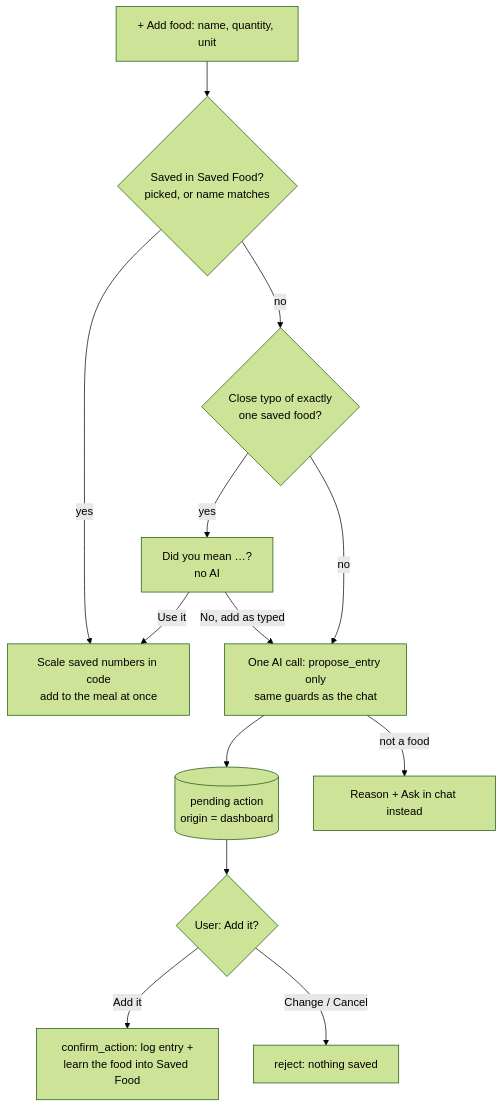
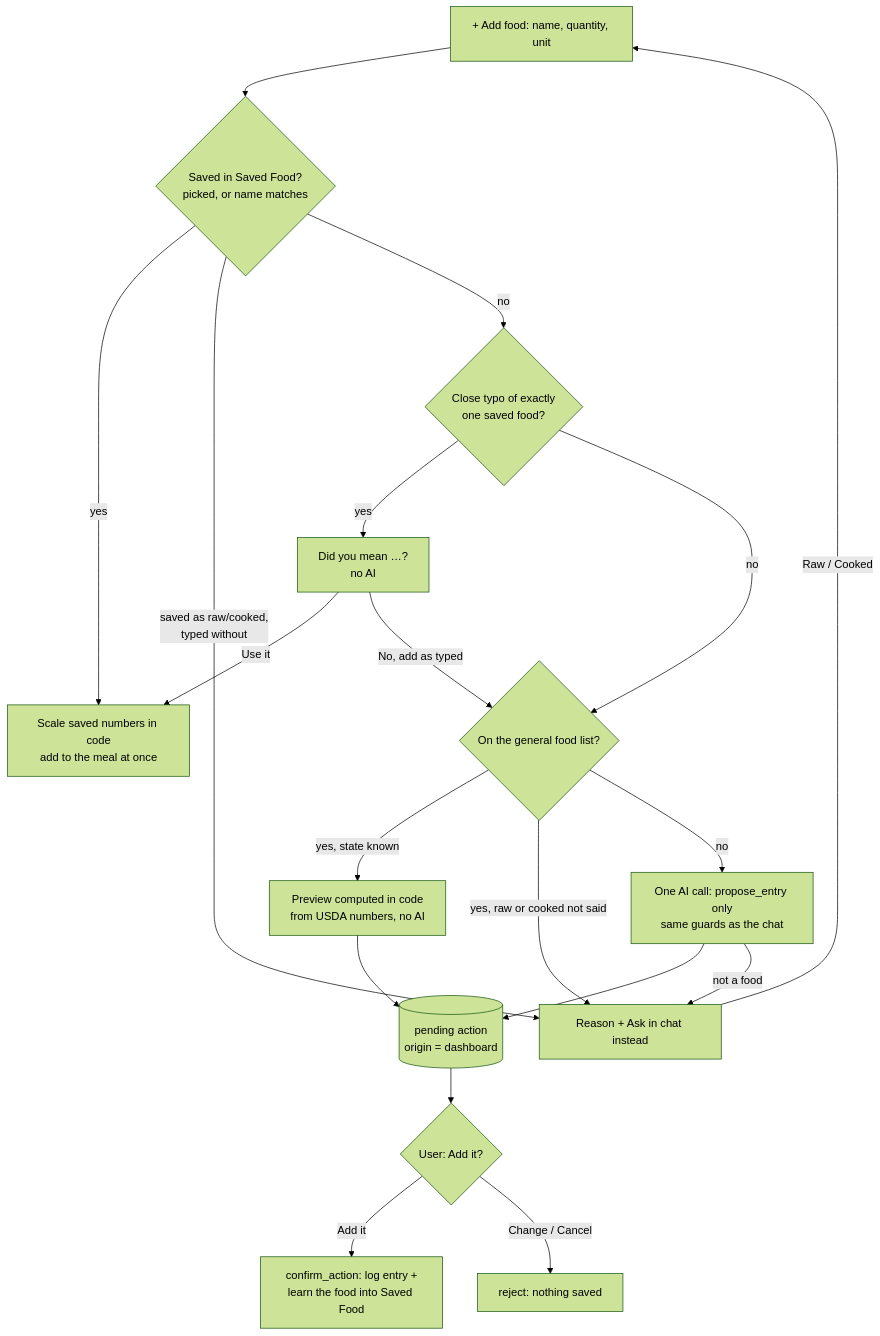
One commit to NeoAnushka21/tracker_poc changed the eighth of 9 diagrams in docs/hld.md. Above: the diagram before and after it, drawn with Mermaid (forest theme). The commit also changed other lines of this file and 28 other files, not shown here.

First line of the commit message:
General food list: ~300 common foods without the AI; raw/cooked asked, never assumed

````diff
--- a/docs/hld.md
+++ b/docs/hld.md
@@ -182,15 +183,21 @@
 ```mermaid
 flowchart TD
     A[+ Add food: name, quantity, unit] --> M{Saved in Saved Food?<br/>picked, or name matches}
     M -->|yes| S[Scale saved numbers in code<br/>add to the meal at once]
+    M -->|saved as raw/cooked,<br/>typed without| Q[Raw or cooked? buttons]
     M -->|no| T{Close typo of exactly<br/>one saved food?}
     T -->|yes| D[Did you mean …?<br/>no AI]
     D -->|Use it| S
-    D -->|No, add as typed| L
-    T -->|no| L[One AI call: propose_entry only<br/>same guards as the chat]
+    D -->|No, add as typed| G
+    T -->|no| G{On the general food list?}
+    G -->|yes, state known| GP[Preview computed in code<br/>from USDA numbers, no AI]
+    G -->|yes, raw or cooked not said| Q
+    Q -->|Raw / Cooked| A
+    G -->|no| L[One AI call: propose_entry only<br/>same guards as the chat]
+    GP --> P
     L --> P[(pending action<br/>origin = dashboard)]
     P --> C{User: Add it?}
     C -->|Add it| W[confirm_action: log entry +<br/>learn the food into Saved Food]
     C -->|Change / Cancel| R[reject: nothing saved]
     L -->|not a food| Q[Reason + Ask in chat instead]
 ```
````
